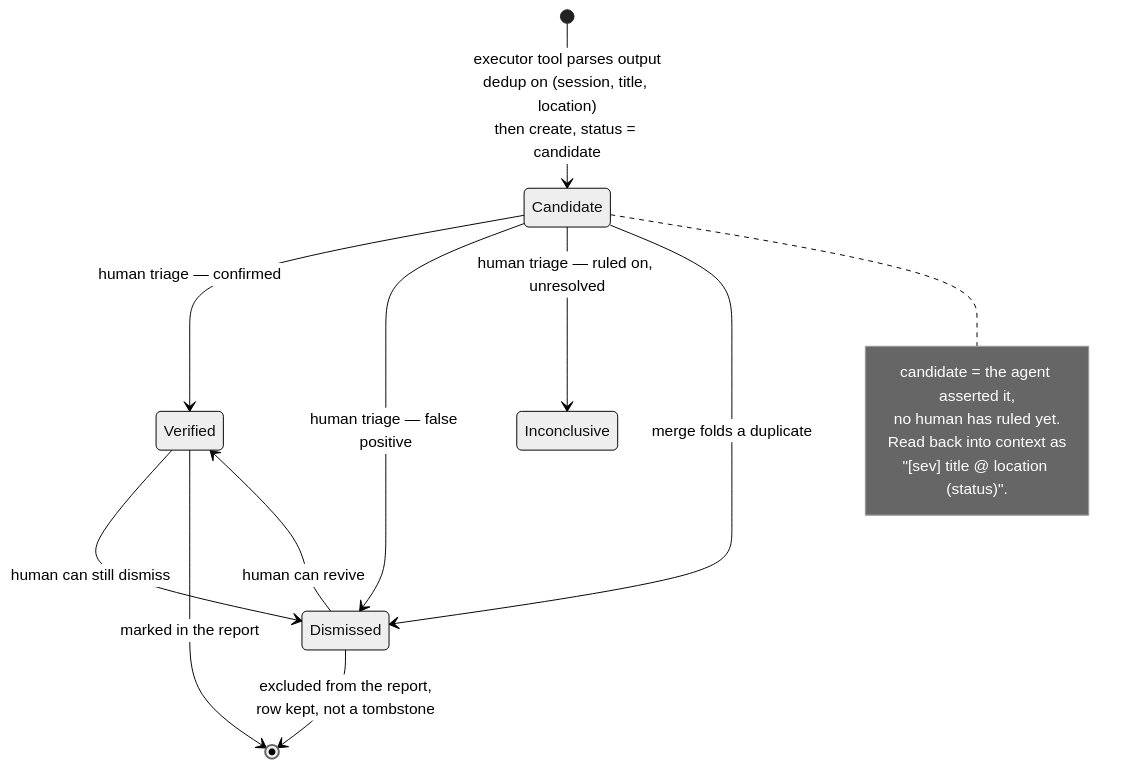
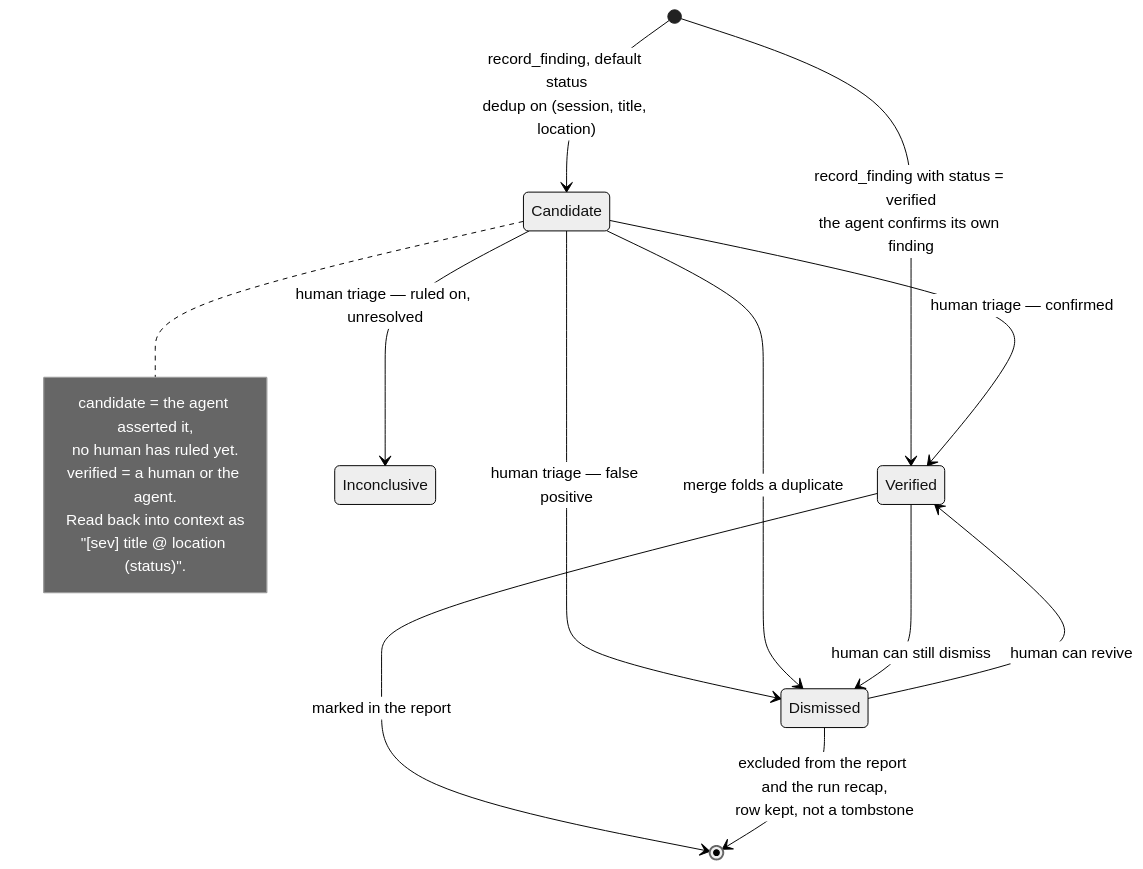
One commit to neoneye/agent-memory-atlas changed the diagram in content/systems/redcell.md. Above: the diagram before and after it, drawn with Mermaid (neutral theme). The commit also changed other lines of this file and 19 other files, not shown here.

Commit message:
REDCELL re-read at 27b118b: the agent's record_finding already accepted verified, so only rejection is human-only; a new run recap drops dismissed findings under test, negative_eval

````diff
--- a/content/systems/redcell.md
+++ b/content/systems/redcell.md
@@ -110,19 +120,21 @@
 ```mermaid
 %% caption: the finding is the memory unit, the agent may only propose it, and a human ruling is what corrects it
 stateDiagram-v2
-    [*] --> Candidate: executor tool parses output<br/>dedup on (session, title, location)<br/>then create, status = candidate
+    [*] --> Candidate: record_finding, default status<br/>dedup on (session, title, location)
+    [*] --> Verified: record_finding with status = verified<br/>the agent confirms its own finding
     Candidate --> Verified: human triage — confirmed
     Candidate --> Dismissed: human triage — false positive
     Candidate --> Inconclusive: human triage — ruled on, unresolved
     Candidate --> Dismissed: merge folds a duplicate
     Verified --> Dismissed: human can still dismiss
     Dismissed --> Verified: human can revive
     Verified --> [*]: marked in the report
-    Dismissed --> [*]: excluded from the report,<br/>row kept, not a tombstone
+    Dismissed --> [*]: excluded from the report and the run recap,<br/>row kept, not a tombstone
     note right of Candidate
         candidate = the agent asserted it,
         no human has ruled yet.
+        verified = a human or the agent.
         Read back into context as
         "[sev] title @ location (status)".
     end note
 ```
````
